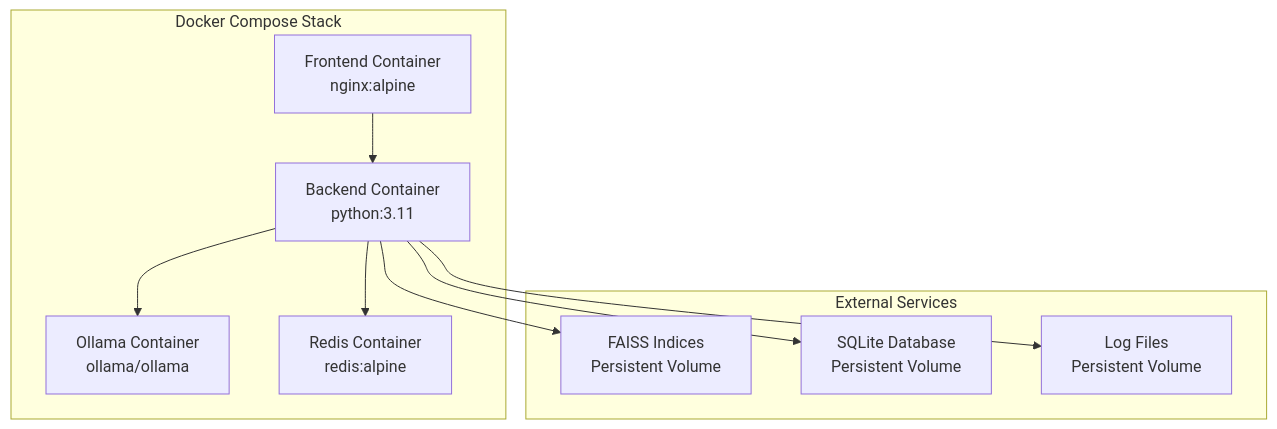
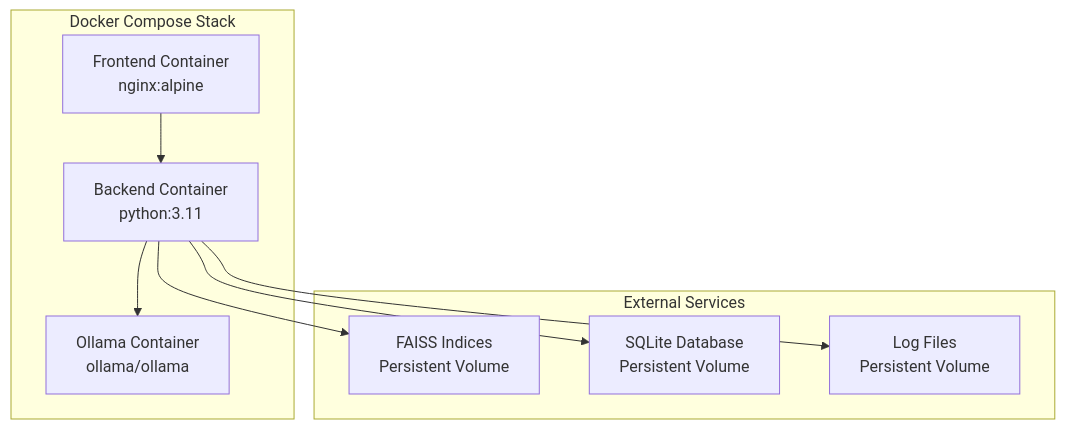
Before and after one commit to satyaki-mitra/docu-vault-ai: the tenth of 12 diagrams in docs/ARCHITECTURE.md, drawn with Mermaid. The commit also changed other lines of this file and 1 other file, not shown here.

````diff
--- a/docs/ARCHITECTURE.md
+++ b/docs/ARCHITECTURE.md
@@ -447,22 +508,20 @@
 ```mermaid
 graph TB
     subgraph "Docker Compose Stack"
         A[Frontend Container<br/>nginx:alpine]
         B[Backend Container<br/>python:3.11]
         C[Ollama Container<br/>ollama/ollama]
-        D[Redis Container<br/>redis:alpine]
     end
     
     subgraph "External Services"
-        E[FAISS Indices<br/>Persistent Volume]
-        F[SQLite Database<br/>Persistent Volume]
-        G[Log Files<br/>Persistent Volume]
+        D[FAISS Indices<br/>Persistent Volume]
+        E[SQLite Database<br/>Persistent Volume]
+        F[Log Files<br/>Persistent Volume]
     end
     
     A --> B
     B --> C
     B --> D
     B --> E
     B --> F
-    B --> G
 ```
````
